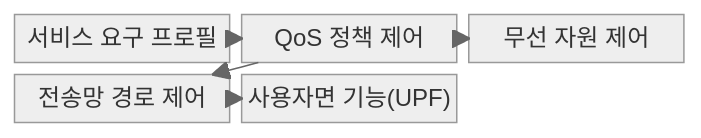
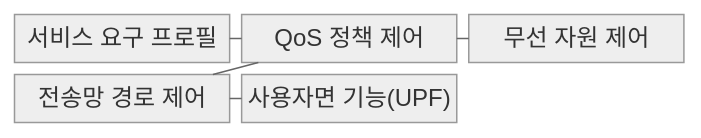
One commit to agnusdei1207/knowledge-base changed the first of 2 diagrams in src/content/docs/notes/04-network/036_5g_core_technologies.md. Above: the diagram before and after it, drawn with Mermaid (neutral theme). The commit also changed other lines of this file and 493 other files, not shown here.

````diff
--- a/src/content/docs/notes/04-network/036_5g_core_technologies.md
+++ b/src/content/docs/notes/04-network/036_5g_core_technologies.md
@@ -65,8 +65,8 @@
 ```mermaid
-block
+block-beta
     columns 3
-    A["서비스 요구 프로필"] --> B["QoS 정책 제어"]
-    B --> C["무선 자원 제어"]
-    B --> D["전송망 경로 제어"]
-    D --> E["사용자면 기능(UPF)"]
+    A["서비스 요구 프로필"] --- B["QoS 정책 제어"]
+    B --- C["무선 자원 제어"]
+    B --- D["전송망 경로 제어"]
+    D --- E["사용자면 기능(UPF)"]
 ```
````
